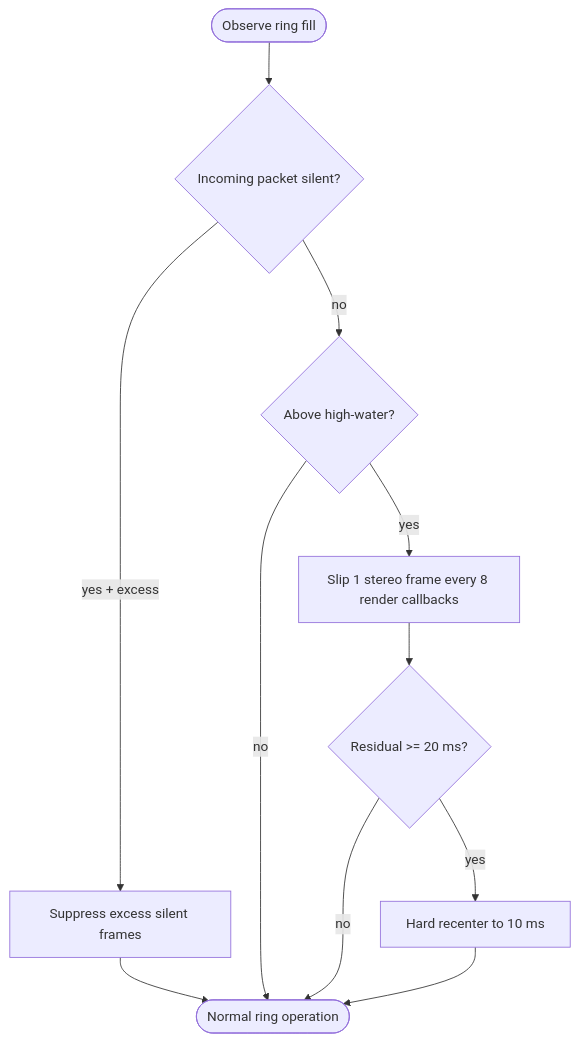
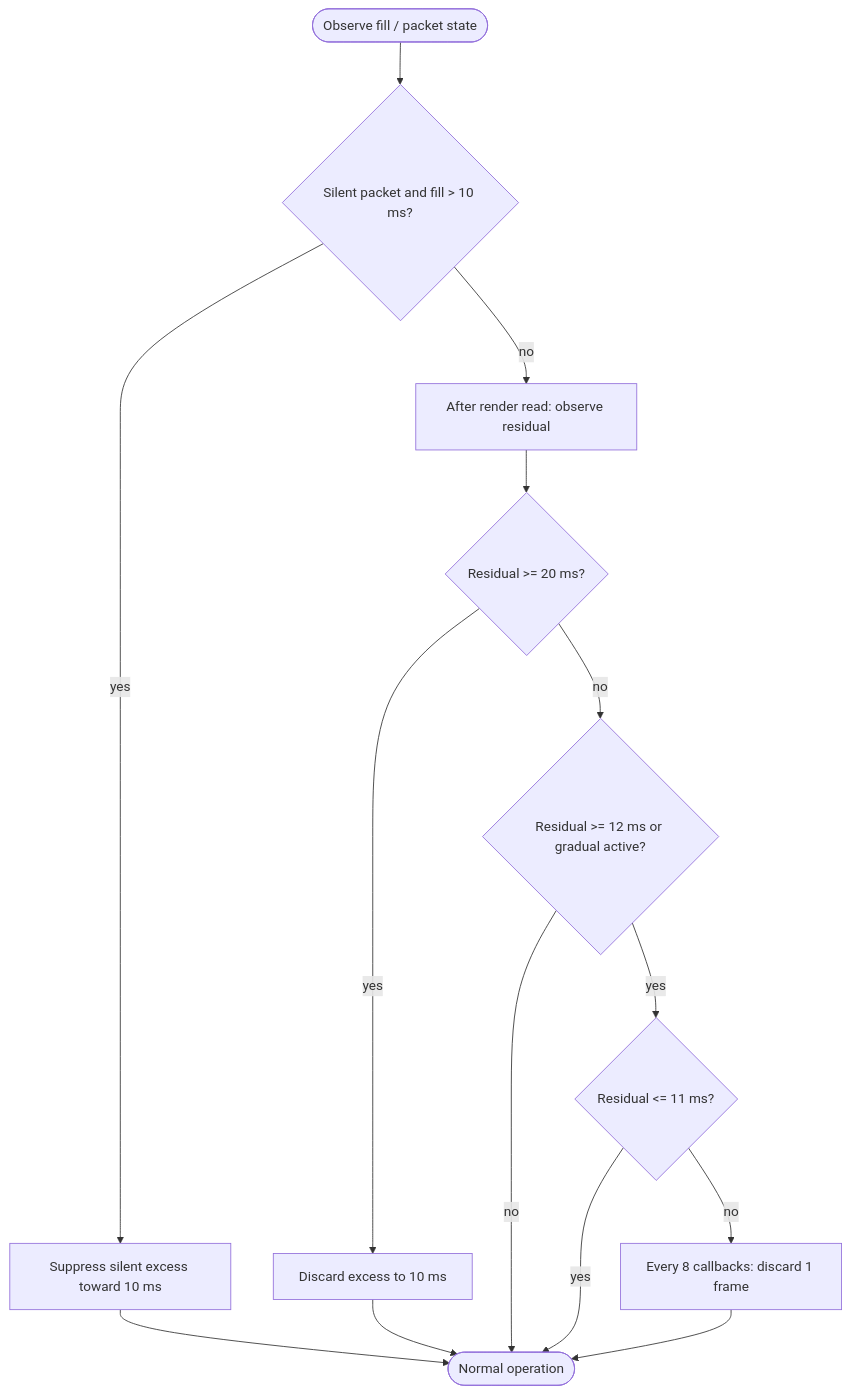
The diagram in VF/provisional-positive-drift-guard.vf.md (STanJK/LE-Audio-Relay), drawn with Mermaid before and after one commit. The commit also changed other lines of this file and 10 other files, not shown here.

Commit message:
docs(vfkb): refactor current semantic graph around ownership and liveness

````diff
--- a/VF/provisional-positive-drift-guard.vf.md
+++ b/VF/provisional-positive-drift-guard.vf.md
@@ -82,22 +82,24 @@
 ```mermaid
 flowchart TD
-    fill(["Observe ring fill"])
-    silent{"Incoming packet silent?"}
-    suppress["Suppress excess silent frames"]
-    high{"Above high-water?"}
-    gradual["Slip 1 stereo frame every 8 render callbacks"]
-    emergency{"Residual >= 20 ms?"}
-    hard["Hard recenter to 10 ms"]
-    normal(["Normal ring operation"])
+    fill(["Observe fill / packet state"])
+    silent{"Silent packet and fill > 10 ms?"}
+    suppress["Suppress silent excess toward 10 ms"]
+    render["After render read: observe residual"]
+    hard{"Residual >= 20 ms?"}
+    recenter["Discard excess to 10 ms"]
+    high{"Residual >= 12 ms or gradual active?"}
+    slip["Every 8 callbacks: discard 1 frame"]
+    low{"Residual <= 11 ms?"}
+    normal(["Normal operation"])
 
     fill --> silent
-    silent -->|"yes + excess"| suppress
-    silent -->|"no"| high
-    suppress --> normal
-    high -->|"yes"| gradual
+    silent -->|"yes"| suppress --> normal
+    silent -->|"no"| render
+    render --> hard
+    hard -->|"yes"| recenter --> normal
+    hard -->|"no"| high
     high -->|"no"| normal
-    gradual --> emergency
-    emergency -->|"yes"| hard
-    emergency -->|"no"| normal
-    hard --> normal
+    high -->|"yes"| low
+    low -->|"yes"| normal
+    low -->|"no"| slip --> normal
 ```
````
